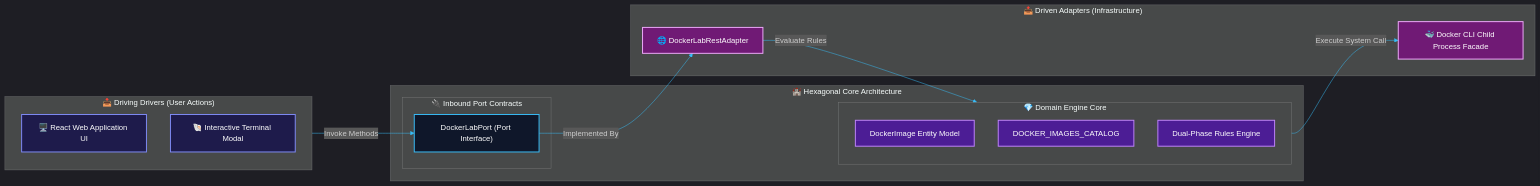
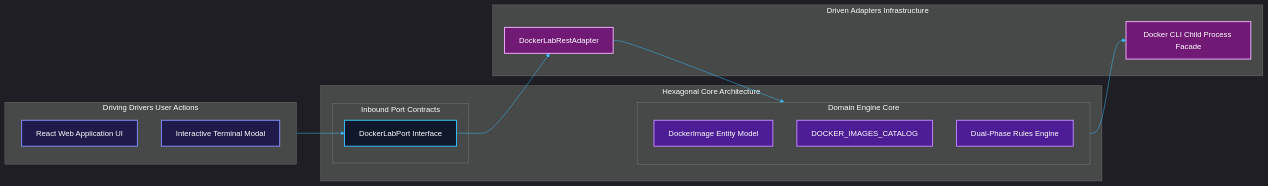
The second of 5 diagrams in architecture/DOCKER_LAB_ARCHITECTURE.md (Chief-Strategist-J/pipeline-management), drawn with Mermaid before and after one commit. The commit also changed other lines of this file, not shown here.

Commit message:
docs(architecture): fix Mermaid diagram syntax parsing errors and add Step-by-Step Developer Extension Guide

````diff
--- a/architecture/DOCKER_LAB_ARCHITECTURE.md
+++ b/architecture/DOCKER_LAB_ARCHITECTURE.md
@@ -111,34 +112,34 @@
 ```mermaid
 %%{init: {'theme': 'dark', 'themeVariables': { 'primaryColor': '#064e3b', 'primaryTextColor': '#ffffff', 'primaryBorderColor': '#34d399', 'lineColor': '#38bdf8'}}}%%
 graph LR
     classDef driverStyle fill:#1e1b4b,stroke:#818cf8,stroke-width:2px,color:#fff;
     classDef portStyle fill:#0f172a,stroke:#38bdf8,stroke-width:2px,color:#fff;
     classDef domainStyle fill:#4c1d95,stroke:#c084fc,stroke-width:2px,color:#fff;
     classDef drivenStyle fill:#701a75,stroke:#f0abfc,stroke-width:2px,color:#fff;
 
-    subgraph Drivers["📥 Driving Drivers (User Actions)"]
-        WebUI["🖥️ React Web Application UI"]:::driverStyle
-        CLITerminal["🐚 Interactive Terminal Modal"]:::driverStyle
+    subgraph Drivers["Driving Drivers User Actions"]
+        WebUI["React Web Application UI"]:::driverStyle
+        CLITerminal["Interactive Terminal Modal"]:::driverStyle
     end
 
-    subgraph Application["🏰 Hexagonal Core Architecture"]
-        subgraph Ports["🔌 Inbound Port Contracts"]
-            InboundPort["DockerLabPort (Port Interface)"]:::portStyle
+    subgraph Application["Hexagonal Core Architecture"]
+        subgraph Ports["Inbound Port Contracts"]
+            InboundPort["DockerLabPort Interface"]:::portStyle
         end
-        subgraph Domain["💎 Domain Engine Core"]
+        subgraph Domain["Domain Engine Core"]
             Entities["DockerImage Entity Model"]:::domainStyle
             Catalog["DOCKER_IMAGES_CATALOG"]:::domainStyle
             RulesEngine["Dual-Phase Rules Engine"]:::domainStyle
         end
     end
 
-    subgraph Driven["📤 Driven Adapters (Infrastructure)"]
-        RESTAdapter["🌐 DockerLabRestAdapter"]:::drivenStyle
-        DockerCLI["🐳 Docker CLI Child Process Facade"]:::drivenStyle
+    subgraph Driven["Driven Adapters Infrastructure"]
+        RESTAdapter["DockerLabRestAdapter"]:::drivenStyle
+        DockerCLI["Docker CLI Child Process Facade"]:::drivenStyle
     end
 
-    Drivers -->|Invoke Methods| InboundPort
-    InboundPort -->|Implemented By| RESTAdapter
-    RESTAdapter -->|Evaluate Rules| Domain
-    Domain -->|Execute System Call| DockerCLI
+    Drivers --> InboundPort
+    InboundPort --> RESTAdapter
+    RESTAdapter --> Domain
+    Domain --> DockerCLI
 ```
````
